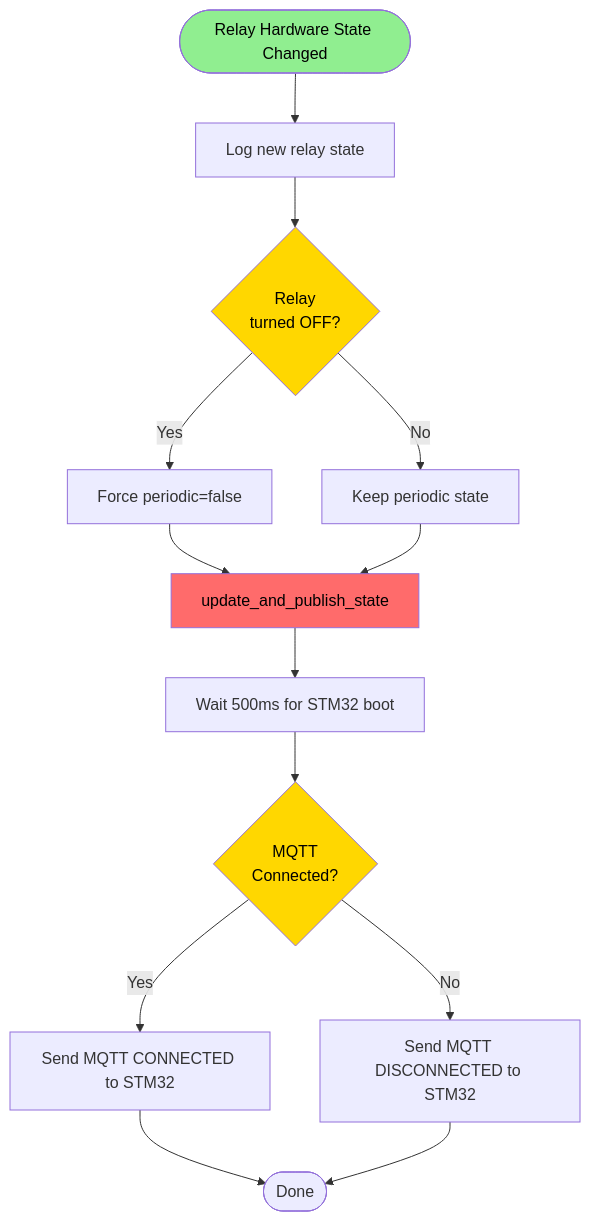
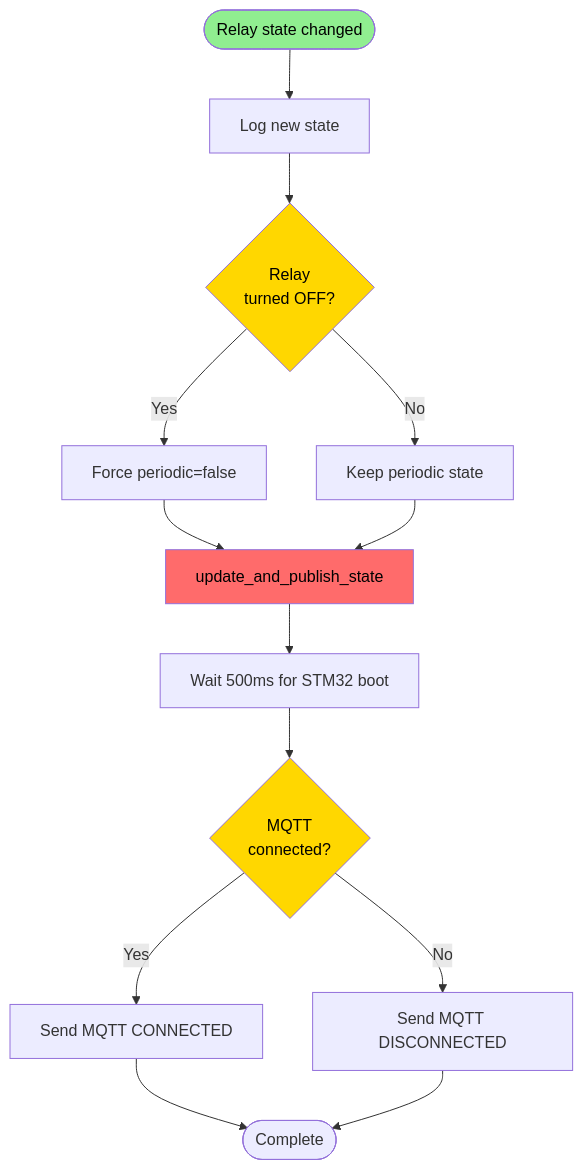
Before and after one commit to meeTeam05/datalogger: the fifth of 10 diagrams in documents/esp32/FLOW_DIAGRAM_ESP32.md, drawn with Mermaid. The commit also changed other lines of this file, not shown here.

Commit message:
fix(docs): update flow diagram titles and descriptions for clarity in FLOW_DIAGRAM_ESP32.md

````diff
--- a/documents/esp32/FLOW_DIAGRAM_ESP32.md
+++ b/documents/esp32/FLOW_DIAGRAM_ESP32.md
@@ -136,25 +146,25 @@
 ```mermaid
 flowchart TD
-    Start([Relay Hardware State Changed]) --> LogState[Log new relay state]
+    Start([Relay state changed]) --> LogState[Log new state]
     LogState --> CheckOff{Relay<br/>turned OFF?}
 
     CheckOff -->|Yes| ForcePeriodic[Force periodic=false]
     CheckOff -->|No| KeepPeriodic[Keep periodic state]
 
     ForcePeriodic --> UpdateState[update_and_publish_state]
     KeepPeriodic --> UpdateState
 
     UpdateState --> Delay[Wait 500ms for STM32 boot]
-    Delay --> CheckMQTT{MQTT<br/>Connected?}
+    Delay --> CheckMQTT{MQTT<br/>connected?}
 
-    CheckMQTT -->|Yes| SendConnected[Send MQTT CONNECTED to STM32]
-    CheckMQTT -->|No| SendDisconnected[Send MQTT DISCONNECTED to STM32]
+    CheckMQTT -->|Yes| SendConnected[Send MQTT CONNECTED]
+    CheckMQTT -->|No| SendDisconnected[Send MQTT DISCONNECTED]
 
-    SendConnected --> Done([Done])
+    SendConnected --> Done([Complete])
     SendDisconnected --> Done
 
     style Start fill:#90EE90, color:#000000
     style CheckOff fill:#FFD700, color:#000000
     style CheckMQTT fill:#FFD700, color:#000000
     style UpdateState fill:#FF6B6B, color:#000000
 ```
````
